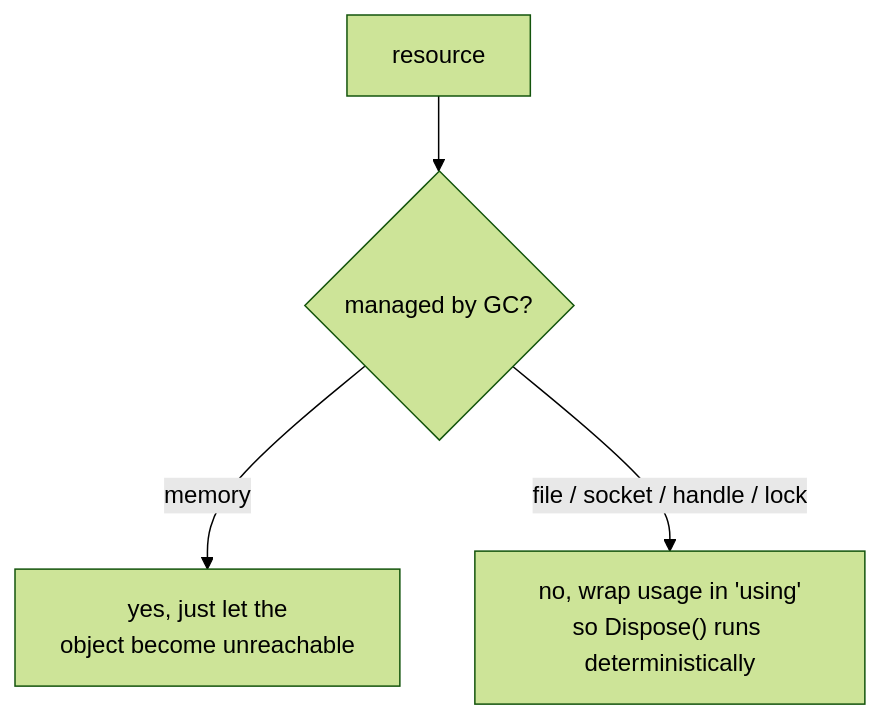
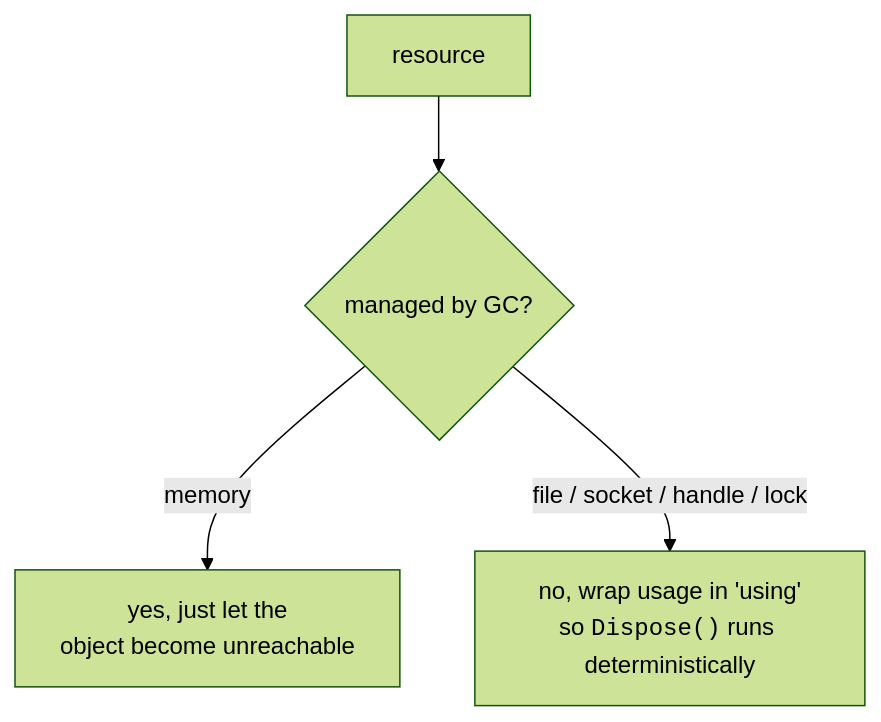
One commit to dataslope/dataslope changed the second of 2 diagrams in content/courses/intro-modern-csharp/resource-management.mdx. Above: the diagram before and after it, drawn with Mermaid (forest theme). The commit also changed other lines of this file and 65 other files, not shown here.

First line of the commit message:
Set code in every mermaid label in the mono face

````diff
--- a/content/courses/intro-modern-csharp/resource-management.mdx
+++ b/content/courses/intro-modern-csharp/resource-management.mdx
@@ -220,6 +220,6 @@
 ```mermaid
 flowchart TD
     R["resource"] --> M{"managed by GC?"}
     M -- "memory" --> GC["yes, just let the<br/>object become unreachable"]
-    M -- "file / socket / handle / lock" --> D["no, wrap usage in 'using'<br/>so Dispose() runs deterministically"]
+    M -- "file / socket / handle / lock" --> D["no, wrap usage in 'using'<br/>so <code>Dispose()</code> runs deterministically"]
 ```
````
